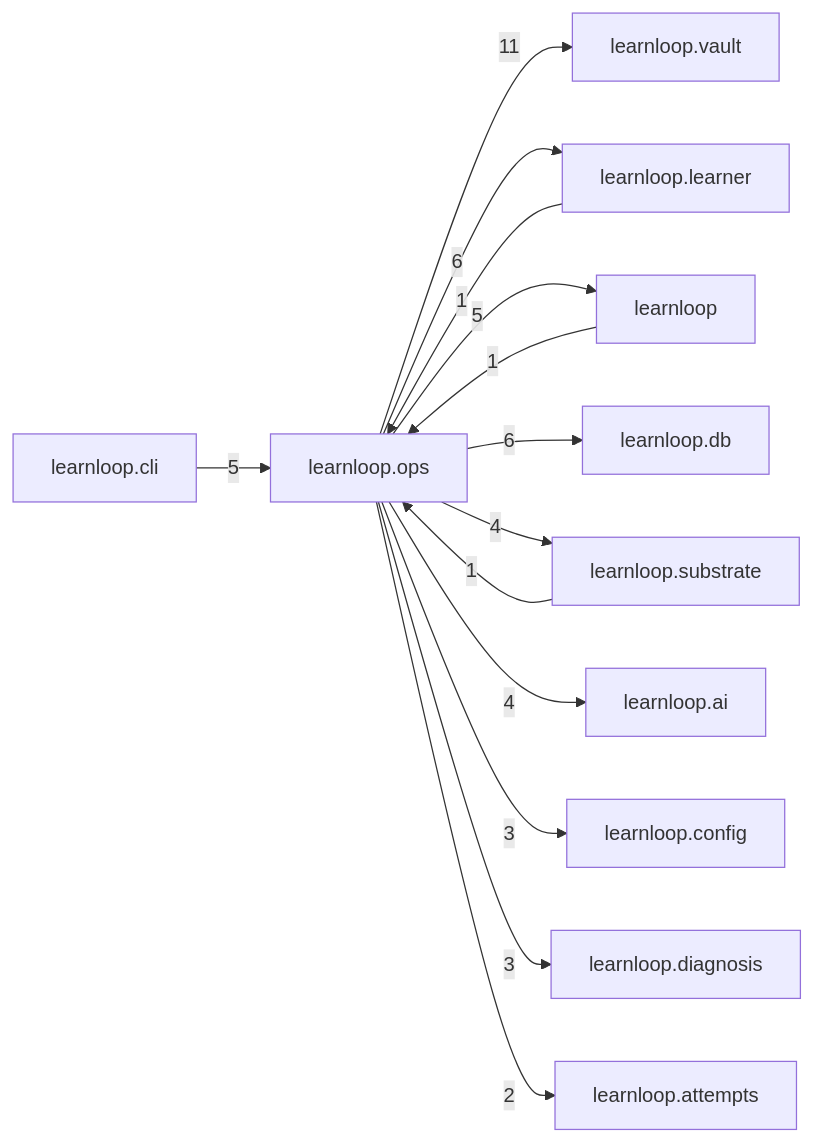
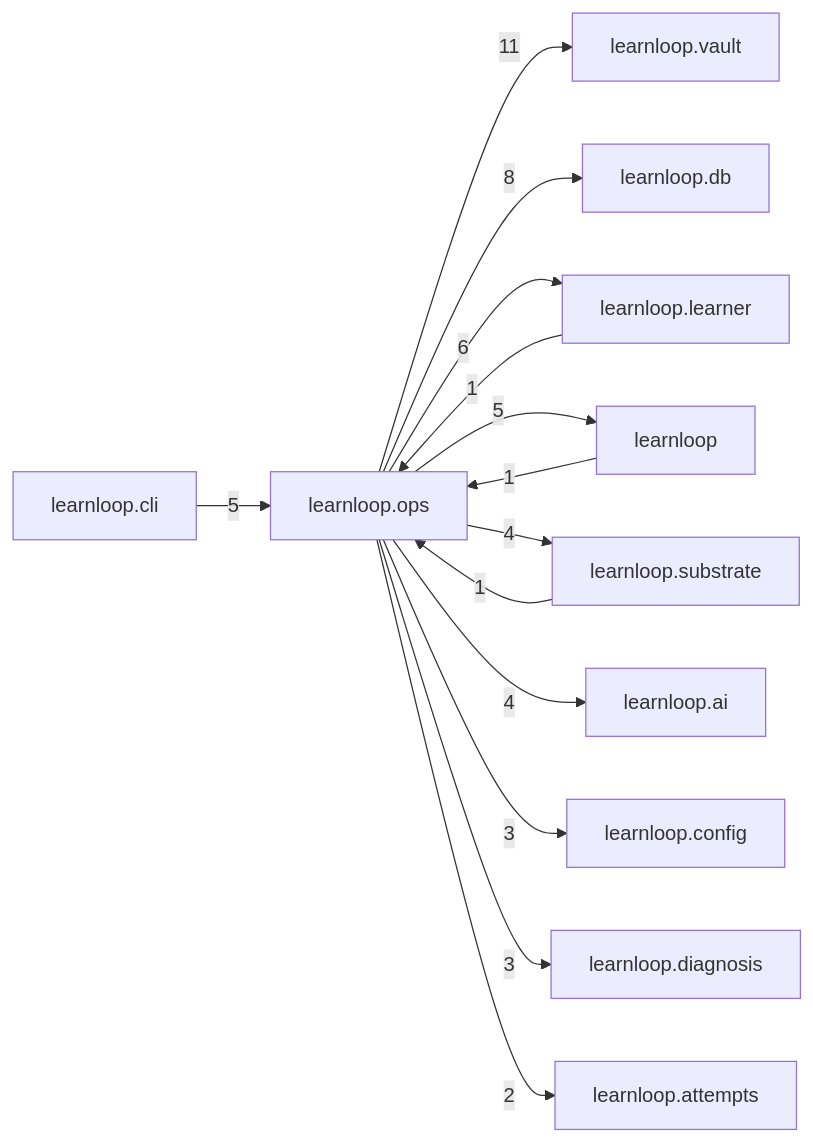
The diagram in docs/learnloop-architecture-vault/Reference/Modules/learnloop/ops/_package.md (6up-b/learnanything), drawn with Mermaid before and after one commit. The commit also changed other lines of this file and 338 other files, not shown here.

````diff
--- a/docs/learnloop-architecture-vault/Reference/Modules/learnloop/ops/_package.md
+++ b/docs/learnloop-architecture-vault/Reference/Modules/learnloop/ops/_package.md
@@ -103,27 +103,27 @@
 ```mermaid
 flowchart LR
     center["learnloop.ops"]
     n_learnloop_vault["learnloop.vault"]
+    n_learnloop_db["learnloop.db"]
     n_learnloop_learner["learnloop.learner"]
     n_learnloop["learnloop"]
-    n_learnloop_db["learnloop.db"]
     n_learnloop_cli["learnloop.cli"]
     n_learnloop_substrate["learnloop.substrate"]
     n_learnloop_ai["learnloop.ai"]
     n_learnloop_config["learnloop.config"]
     n_learnloop_diagnosis["learnloop.diagnosis"]
     n_learnloop_attempts["learnloop.attempts"]
     center -->|11| n_learnloop_vault
+    center -->|8| n_learnloop_db
     n_learnloop_learner -->|1| center
     center -->|6| n_learnloop_learner
     n_learnloop -->|1| center
     center -->|5| n_learnloop
-    center -->|6| n_learnloop_db
     n_learnloop_cli -->|5| center
     n_learnloop_substrate -->|1| center
     center -->|4| n_learnloop_substrate
     center -->|4| n_learnloop_ai
     center -->|3| n_learnloop_config
     center -->|3| n_learnloop_diagnosis
     center -->|2| n_learnloop_attempts
 ```
````
